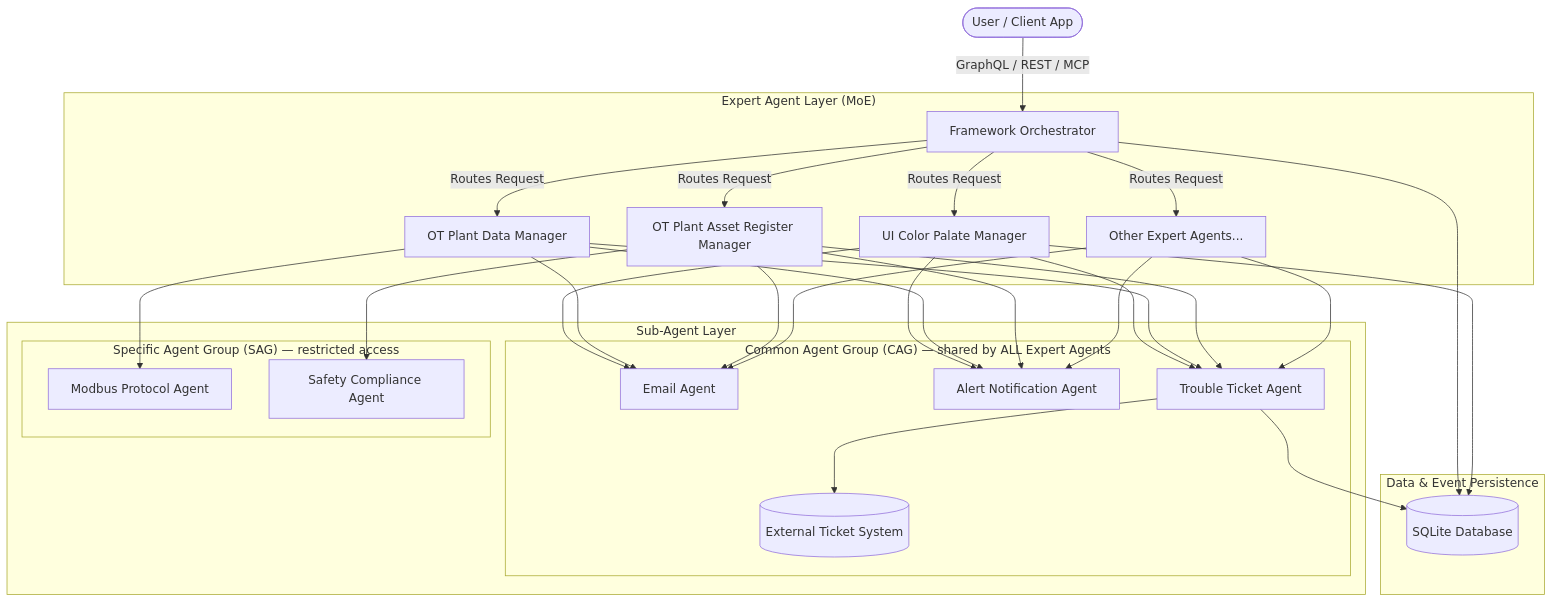
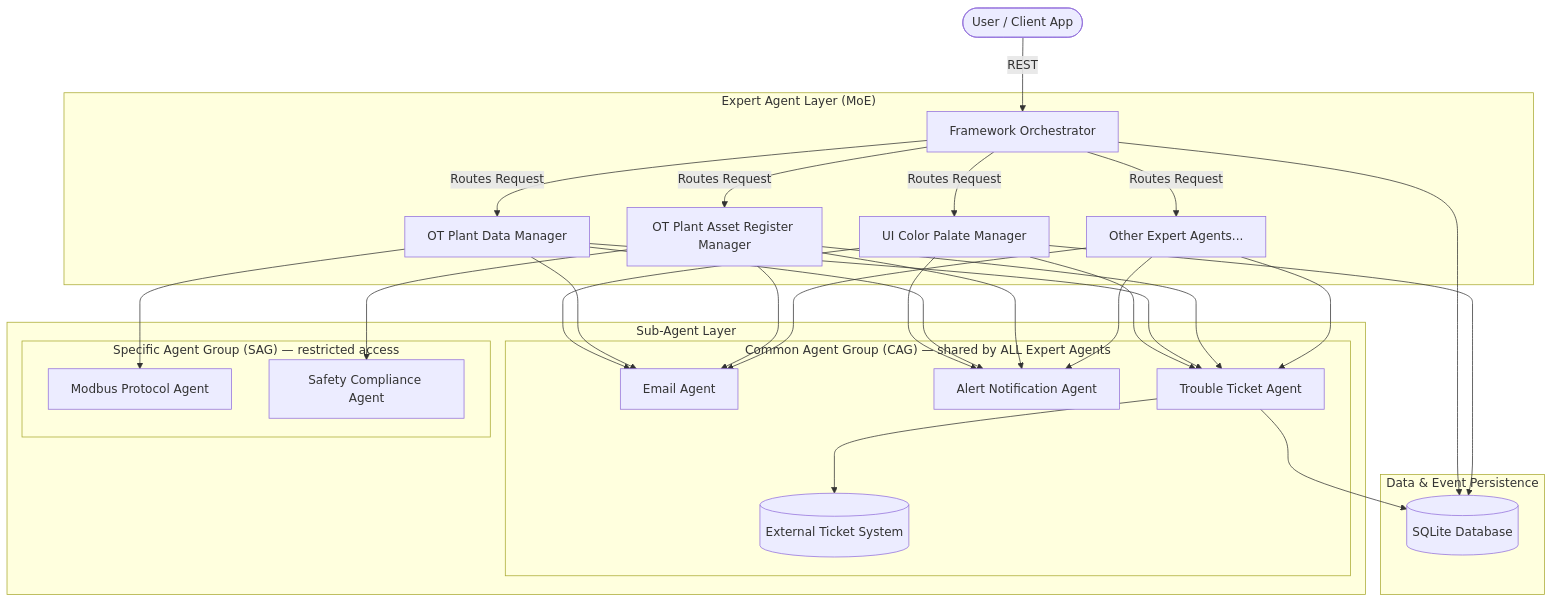
The first of 2 diagrams in SPEC.md (sanjivscenterxdags/UI_AppsFrame), drawn with Mermaid before and after one commit. The commit also changed other lines of this file and 1 other file, not shown here.

````diff
--- a/SPEC.md
+++ b/SPEC.md
@@ -11,47 +14,47 @@
 ```mermaid
 graph TD
-    User([User / Client App]) -->|GraphQL / REST / MCP| Orchestrator[Framework Orchestrator]
-    
+    User([User / Client App]) -->|REST| Orchestrator[Framework Orchestrator]
+
     subgraph "Expert Agent Layer (MoE)"
         Orchestrator -->|Routes Request| EA1[UI Color Palate Manager]
         Orchestrator -->|Routes Request| EA2[OT Plant Data Manager]
         Orchestrator -->|Routes Request| EA3[OT Plant Asset Register Manager]
         Orchestrator -->|Routes Request| EAn[Other Expert Agents...]
     end
 
     subgraph "Sub-Agent Layer"
         subgraph "Common Agent Group (CAG) — shared by ALL Expert Agents"
             CAG_Email[Email Agent]
             CAG_Alert[Alert Notification Agent]
             CAG_Ticket[Trouble Ticket Agent]
             CAG_Ticket --> ExtTicket[(External Ticket System)]
         end
-        
+
         subgraph "Specific Agent Group (SAG) — restricted access"
             SAG_Modbus[Modbus Protocol Agent]
             SAG_Safety[Safety Compliance Agent]
         end
     end
 
     EA1 --> CAG_Email
     EA1 --> CAG_Alert
     EA1 --> CAG_Ticket
     EA2 --> CAG_Email
     EA2 --> CAG_Alert
     EA2 --> CAG_Ticket
     EA3 --> CAG_Email
     EA3 --> CAG_Alert
     EA3 --> CAG_Ticket
     EAn --> CAG_Email
     EAn --> CAG_Alert
     EAn --> CAG_Ticket
 
     EA2 --> SAG_Modbus
     EA3 --> SAG_Safety
-    
+
     subgraph "Data & Event Persistence"
         Orchestrator --> DB[(SQLite Database)]
         EA1 --> DB
         CAG_Ticket --> DB
     end
 ```
````
